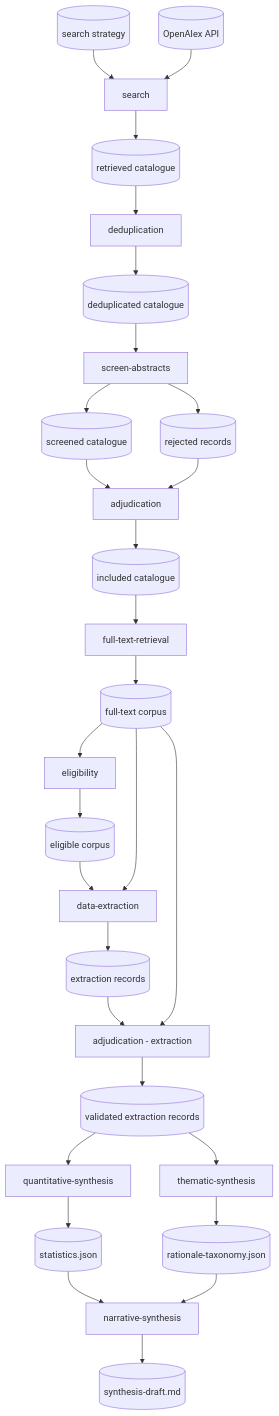
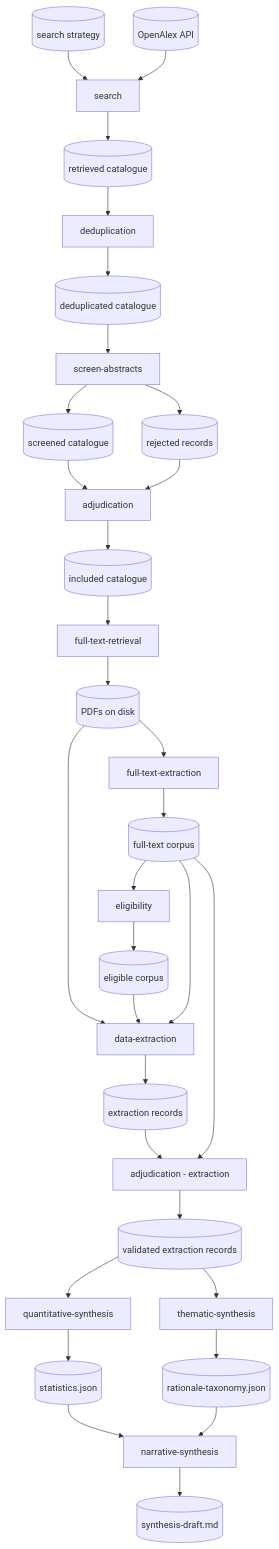
The diagram in plans/pipeline.md (geomar-od-lagrange/2026_laglitsynth), drawn with Mermaid before and after one commit. The commit also changed other lines of this file and 9 other files, not shown here.

````diff
--- a/plans/pipeline.md
+++ b/plans/pipeline.md
@@ -176,58 +188,63 @@
 ```mermaid
 graph TD
     KW[(search strategy)]
     OA[(OpenAlex API)]
     RCAT[(retrieved catalogue)]
     DCAT[(deduplicated catalogue)]
     SCAT[(screened catalogue)]
     REJ[(rejected records)]
     ICAT[(included catalogue)]
+    PDFS[(PDFs on disk)]
     FTC[(full-text corpus)]
     ECORP[(eligible corpus)]
     EXT[(extraction records)]
     EXTV[(validated extraction records)]
     STAT[(statistics.json)]
     TAX[(rationale-taxonomy.json)]
     SYN[(synthesis-draft.md)]
 
     FETCH[search]
     DEDUP[deduplication]
     SCREEN[screen-abstracts]
     ADJUD[adjudication]
     RETRIEVE[full-text-retrieval]
+    GROBID[full-text-extraction]
     ELIG[eligibility]
     EXTRACT[data-extraction]
     ADJUD2[adjudication - extraction]
     QSYNTH[quantitative-synthesis]
     TSYNTH[thematic-synthesis]
     NARR[narrative-synthesis]
 
     KW --> FETCH
     OA --> FETCH
     FETCH --> RCAT
     RCAT --> DEDUP
     DEDUP --> DCAT
     DCAT --> SCREEN
     SCREEN --> SCAT
     SCREEN --> REJ
     SCAT --> ADJUD
     REJ --> ADJUD
     ADJUD --> ICAT
     ICAT --> RETRIEVE
-    RETRIEVE --> FTC
+    RETRIEVE --> PDFS
+    PDFS --> GROBID
+    GROBID --> FTC
     FTC --> ELIG
+    PDFS --> EXTRACT
     ELIG --> ECORP
     ECORP --> EXTRACT
     FTC --> EXTRACT
     EXTRACT --> EXT
     EXT --> ADJUD2
     FTC --> ADJUD2
     ADJUD2 --> EXTV
     EXTV --> QSYNTH
     EXTV --> TSYNTH
     QSYNTH --> STAT
     TSYNTH --> TAX
     STAT --> NARR
     TAX --> NARR
     NARR --> SYN
 ```
````
